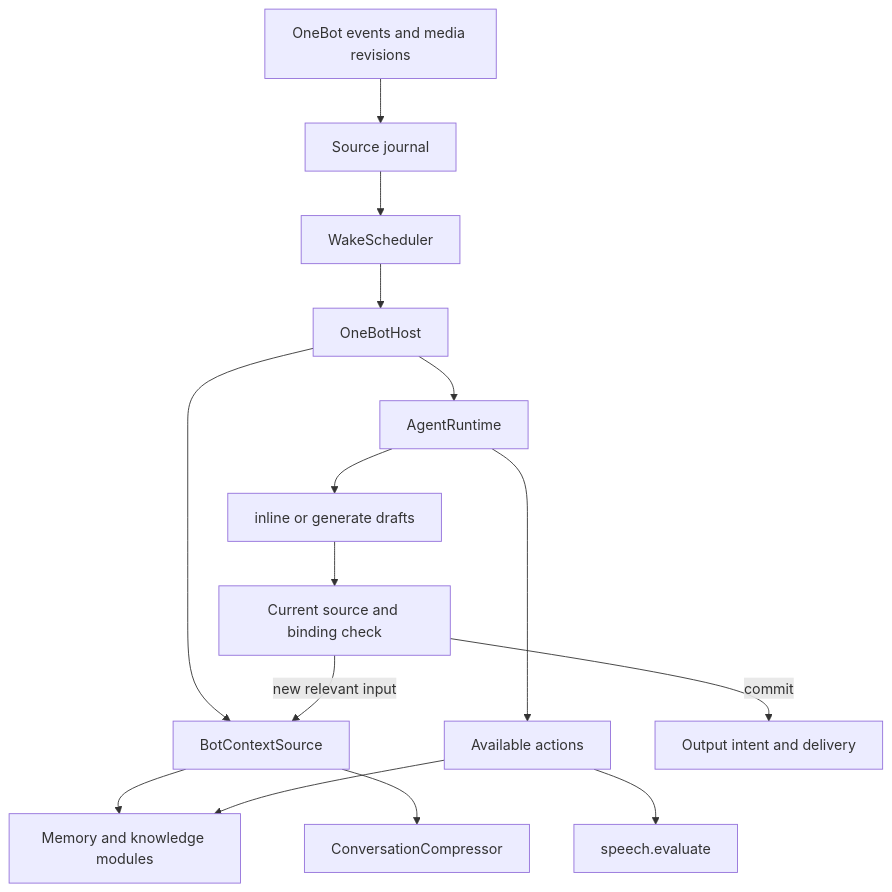
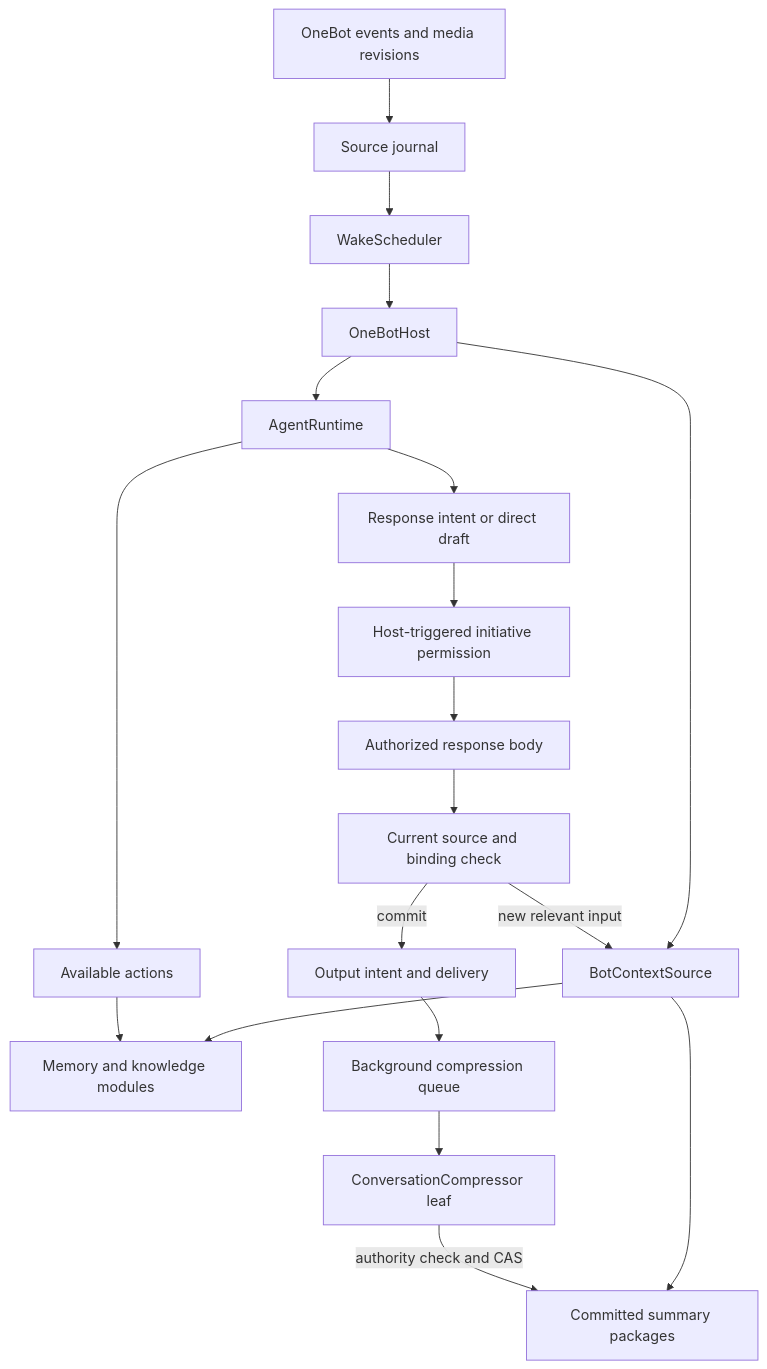
One commit to Verdspair/superstring changed the diagram in docs/architecture/bot-context.md. Above: the diagram before and after it, drawn with Mermaid. The commit also changed other lines of this file and 182 other files, not shown here.

```diff
--- a/docs/architecture/bot-context.md
+++ b/docs/architecture/bot-context.md
@@ -5,17 +5,21 @@
 ~~~mermaid
 flowchart TD
   Input[OneBot events and media revisions] --> Journal[Source journal]
   Journal --> Wake[WakeScheduler]
   Wake --> Host[OneBotHost]
   Host --> Context[BotContextSource]
   Context --> Modules[Memory and knowledge modules]
-  Context --> Compress[ConversationCompressor]
+  Context --> Packages[Committed summary packages]
   Host --> Runtime[AgentRuntime]
   Runtime --> Action[Available actions]
-  Action --> Score[speech.evaluate]
   Action --> Modules
-  Runtime --> Draft[inline or generate drafts]
-  Draft --> Check[Current source and binding check]
+  Runtime --> Draft[Response intent or direct draft]
+  Draft --> Permit[Host-triggered initiative permission]
+  Permit --> Body[Authorized response body]
+  Body --> Check[Current source and binding check]
   Check -->|new relevant input| Context
   Check -->|commit| Outbox[Output intent and delivery]
+  Outbox --> Queue[Background compression queue]
+  Queue --> Compress[ConversationCompressor leaf]
+  Compress -->|authority check and CAS| Packages
 ~~~
```
